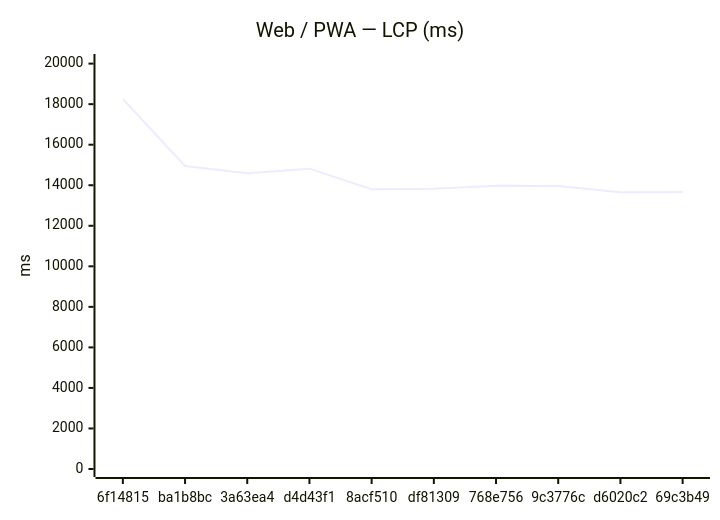
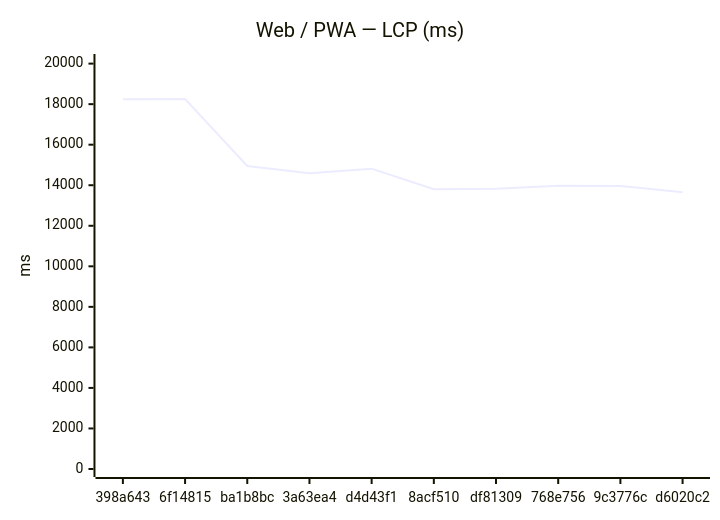
One commit to Metaheurist/Rianell changed the first of 18 diagrams in benchmarks/compare.md. Above: the diagram before and after it, drawn with Mermaid. The commit also changed other lines of this file and 11 other files, not shown here.

````diff
--- a/benchmarks/compare.md
+++ b/benchmarks/compare.md
@@ -24,7 +24,7 @@
 ```mermaid
 xychart-beta
     title "Web / PWA — LCP (ms)"
-    x-axis ["6f14815", "ba1b8bc", "3a63ea4", "d4d43f1", "8acf510", "df81309", "768e756", "9c3776c", "d6020c2", "69c3b49"]
+    x-axis ["398a643", "6f14815", "ba1b8bc", "3a63ea4", "d4d43f1", "8acf510", "df81309", "768e756", "9c3776c", "d6020c2"]
     y-axis "ms" 0 --> 20080
-    line [18254, 14947, 14588, 14818, 13807, 13825, 13971, 13962, 13654, 13664]
+    line [18242, 18254, 14947, 14588, 14818, 13807, 13825, 13971, 13962, 13654]
 ```
````
